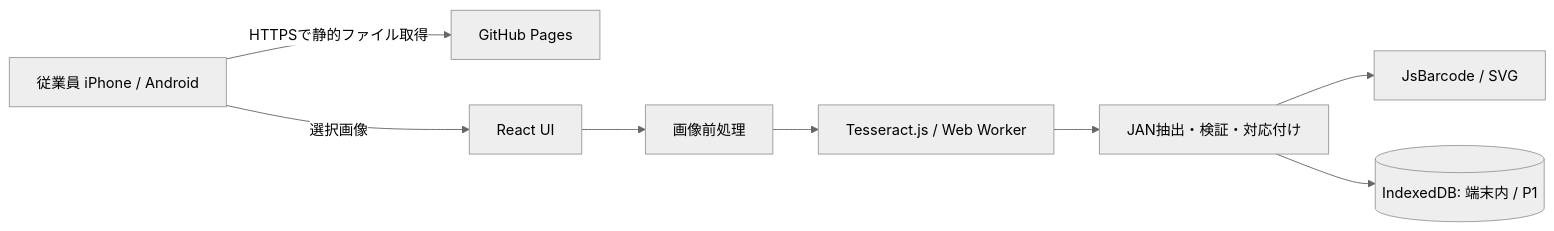
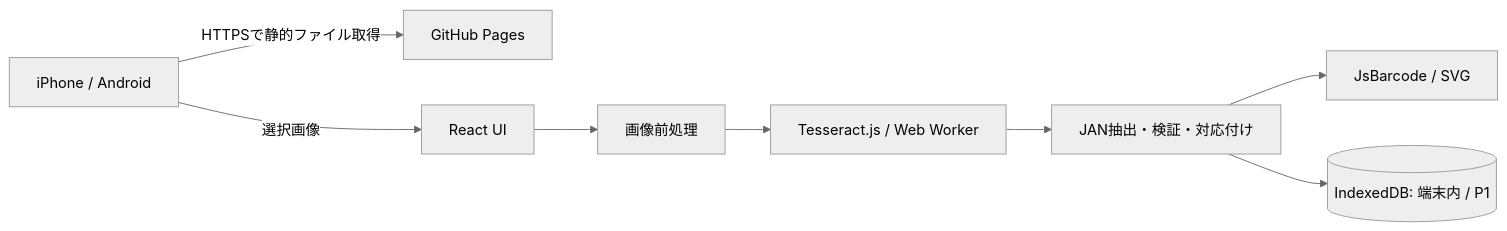
One commit to KonjoMitsuki/ReceiptCode changed the second of 2 diagrams in docs/Receipt2JAN_Design_Spec.md. Above: the diagram before and after it, drawn with Mermaid (neutral theme). The commit also changed other lines of this file and 4 other files, not shown here.

````diff
--- a/docs/Receipt2JAN_Design_Spec.md
+++ b/docs/Receipt2JAN_Design_Spec.md
@@ -143,10 +142,10 @@
 ```mermaid
 flowchart LR
-    U[従業員 iPhone / Android] -->|HTTPSで静的ファイル取得| GH[GitHub Pages]
+    U[iPhone / Android] -->|HTTPSで静的ファイル取得| GH[GitHub Pages]
     U -->|選択画像| UI[React UI]
     UI --> PRE[画像前処理]
     PRE --> OCR[Tesseract.js / Web Worker]
     OCR --> P[JAN抽出・検証・対応付け]
     P --> BAR[JsBarcode / SVG]
     P --> DB[(IndexedDB: 端末内 / P1)]
 ```
````
